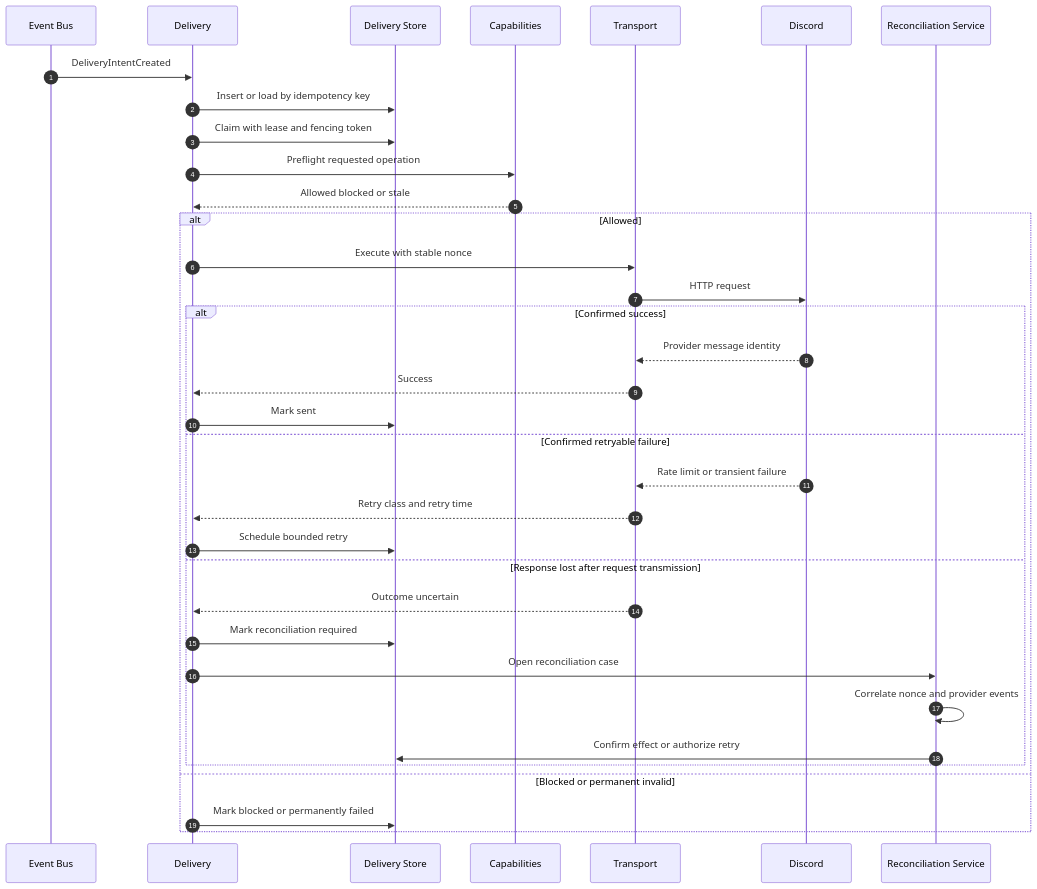
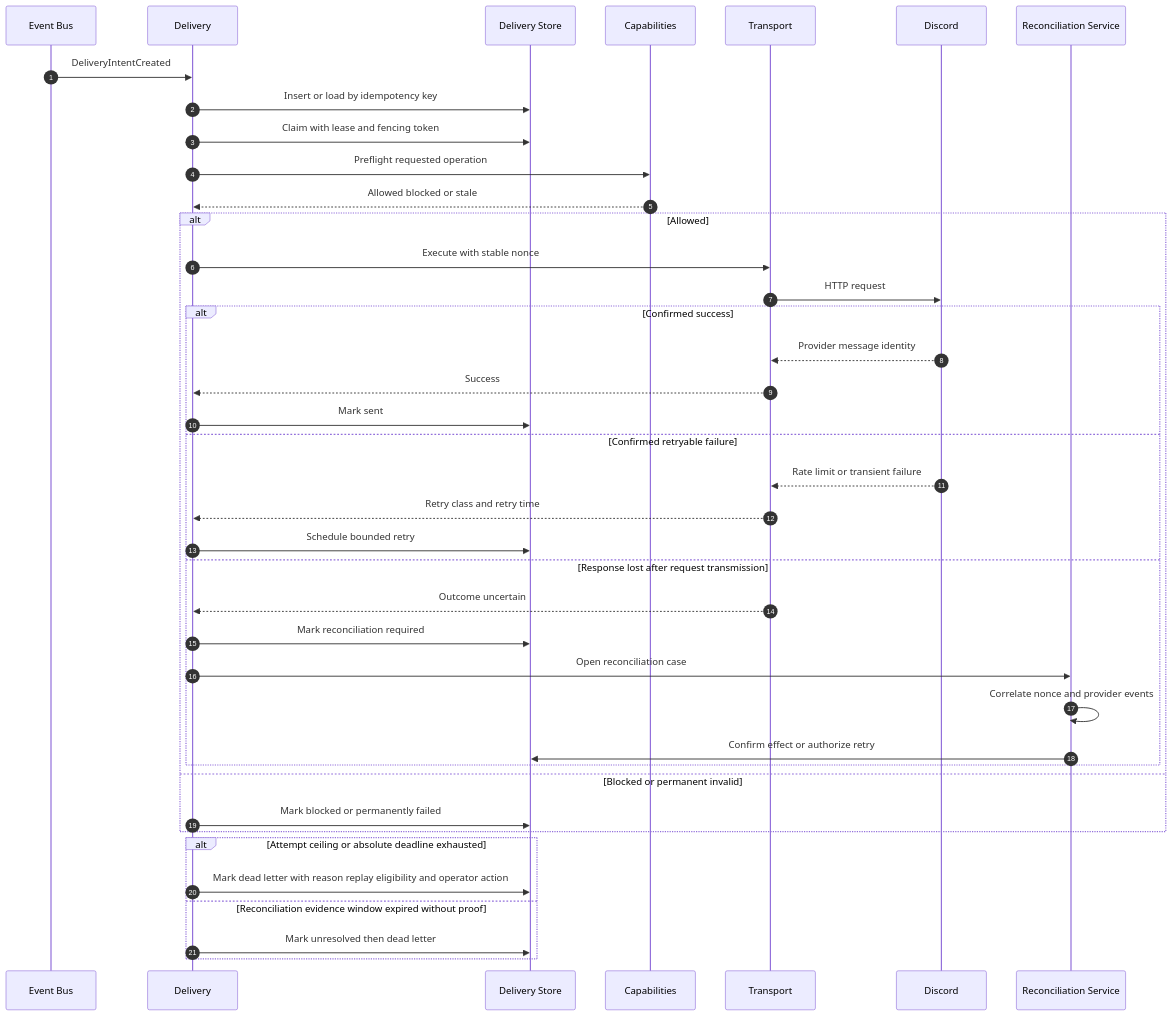
The ninth of 54 diagrams in docs/architecture/04-runtime-flows.md (obsidia-systems/Discord-Bot-Open-Source), drawn with Mermaid before and after one commit. The commit also changed other lines of this file and 27 other files, not shown here.

First line of the commit message:
feat(architecture): add comprehensive architecture review documentation

````diff
--- a/docs/architecture/04-runtime-flows.md
+++ b/docs/architecture/04-runtime-flows.md
@@ -245,39 +265,44 @@
 ```mermaid
 sequenceDiagram
     autonumber
     participant Bus as Event Bus
     participant Delivery
     participant Store as Delivery Store
     participant Capabilities
     participant Transport
     participant Discord
     participant Reconcile as Reconciliation Service
 
     Bus->>Delivery: DeliveryIntentCreated
     Delivery->>Store: Insert or load by idempotency key
     Delivery->>Store: Claim with lease and fencing token
     Delivery->>Capabilities: Preflight requested operation
     Capabilities-->>Delivery: Allowed blocked or stale
 
     alt Allowed
         Delivery->>Transport: Execute with stable nonce
         Transport->>Discord: HTTP request
         alt Confirmed success
             Discord-->>Transport: Provider message identity
             Transport-->>Delivery: Success
             Delivery->>Store: Mark sent
         else Confirmed retryable failure
             Discord-->>Transport: Rate limit or transient failure
             Transport-->>Delivery: Retry class and retry time
             Delivery->>Store: Schedule bounded retry
         else Response lost after request transmission
             Transport-->>Delivery: Outcome uncertain
             Delivery->>Store: Mark reconciliation required
             Delivery->>Reconcile: Open reconciliation case
             Reconcile->>Reconcile: Correlate nonce and provider events
             Reconcile->>Store: Confirm effect or authorize retry
         end
     else Blocked or permanent invalid
         Delivery->>Store: Mark blocked or permanently failed
     end
+    alt Attempt ceiling or absolute deadline exhausted
+        Delivery->>Store: Mark dead letter with reason replay eligibility and operator action
+    else Reconciliation evidence window expired without proof
+        Delivery->>Store: Mark unresolved then dead letter
+    end
 ```
````
